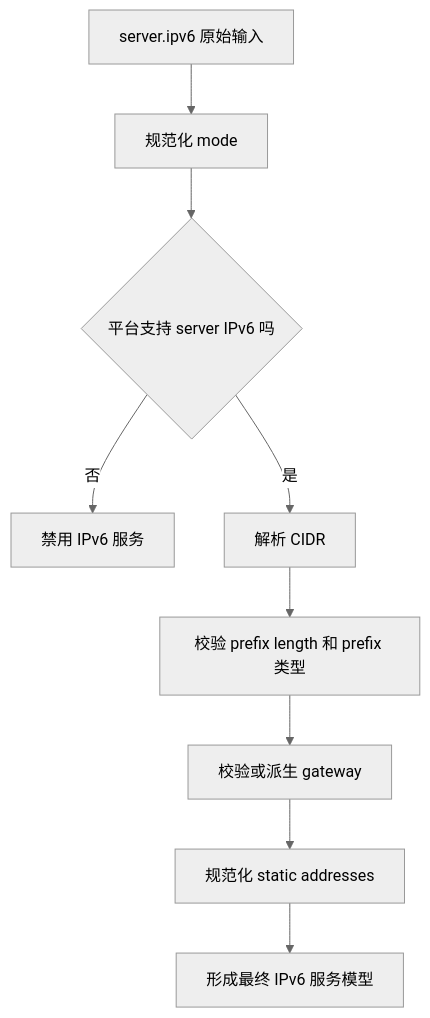
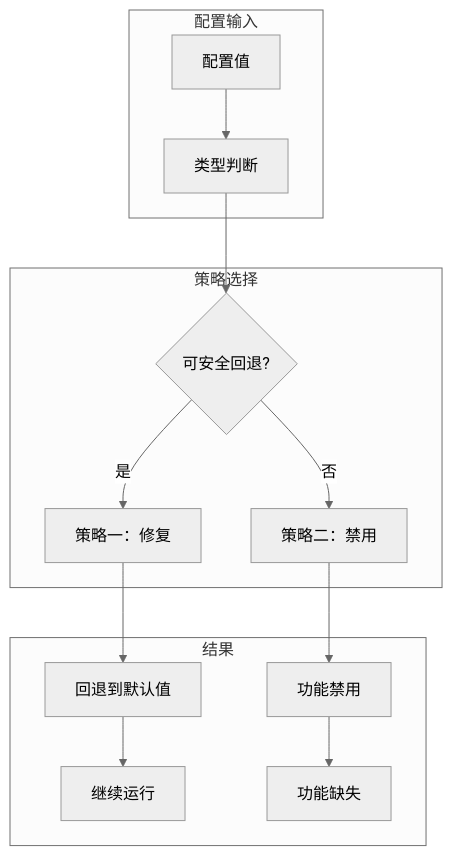
Before and after one commit to HyacinthHaru/openppp2: diagram 15 of 15 in docs/CONFIGURATION_CN.md, drawn with Mermaid (neutral theme). The commit also changed other lines of this file and 31 other files, not shown here.

````diff
--- a/docs/CONFIGURATION_CN.md
+++ b/docs/CONFIGURATION_CN.md
@@ -229,11 +1446,20 @@
 ```mermaid
 flowchart TD
-    A[server.ipv6 原始输入] --> B[规范化 mode]
-    B --> C{平台支持 server IPv6 吗}
-    C -->|否| D[禁用 IPv6 服务]
-    C -->|是| E[解析 CIDR]
-    E --> F[校验 prefix length 和 prefix 类型]
-    F --> G[校验或派生 gateway]
-    G --> H[规范化 static addresses]
-    H --> I[形成最终 IPv6 服务模型]
+    subgraph 配置输入
+        A[配置值] --> B[类型判断]
+    end
+    
+    subgraph 策略选择
+        B --> C{可安全回退?}
+        C -->|是| D[策略一：修复]
+        C -->|否| E[策略二：禁用]
+    end
+    
+    subgraph 结果
+        D --> F[回退到默认值]
+        E --> G[功能禁用]
+        
+        F --> H[继续运行]
+        G --> I[功能缺失]
+    end
 ```
````
